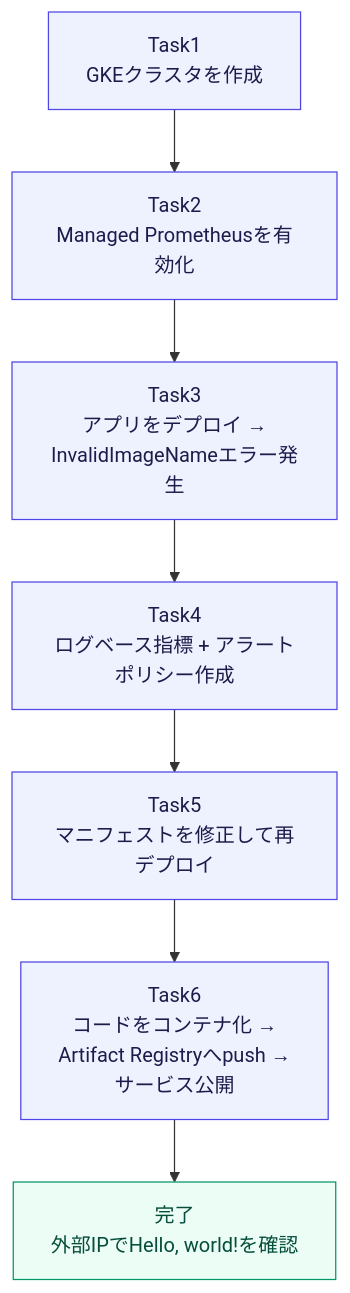
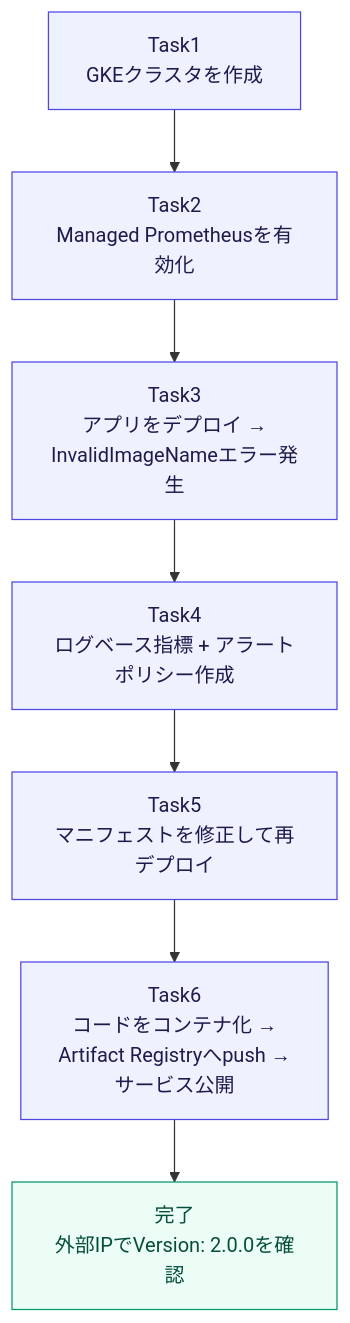
Before and after one commit to myoshi2891/Cloud-Infrastructure-Studies: the first of 5 diagrams in Manage-Kubernetes-in-Google-Cloud.md, drawn with Mermaid. The commit also changed other lines of this file, not shown here.

````diff
--- a/Manage-Kubernetes-in-Google-Cloud.md
+++ b/Manage-Kubernetes-in-Google-Cloud.md
@@ -16,14 +17,14 @@
 ```mermaid
 flowchart TD
     T1["Task1<br/>GKEクラスタを作成"] --> T2["Task2<br/>Managed Prometheusを有効化"]
     T2 --> T3["Task3<br/>アプリをデプロイ →<br/>InvalidImageNameエラー発生"]
     T3 --> T4["Task4<br/>ログベース指標 + アラートポリシー作成"]
     T4 --> T5["Task5<br/>マニフェストを修正して再デプロイ"]
     T5 --> T6["Task6<br/>コードをコンテナ化 →<br/>Artifact Registryへpush →<br/>サービス公開"]
-    T6 --> Done["完了<br/>外部IPでHello, world!を確認"]
+    T6 --> Done["完了<br/>外部IPでVersion: 2.0.0を確認"]
 
     classDef task fill:#eef2ff,stroke:#4f46e5,color:#1e1b4b;
     classDef done fill:#ecfdf5,stroke:#059669,color:#064e3b;
     class T1,T2,T3,T4,T5,T6 task;
     class Done done;
 ```
````
